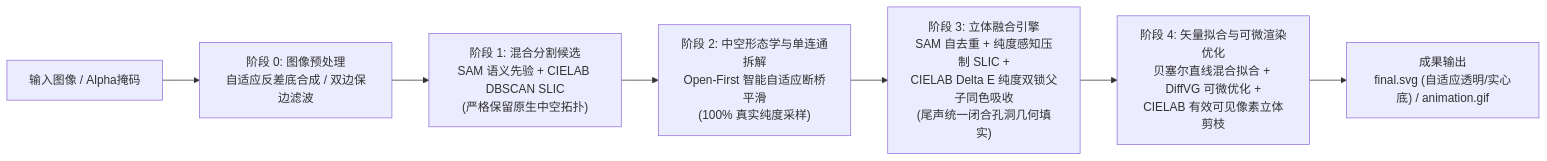
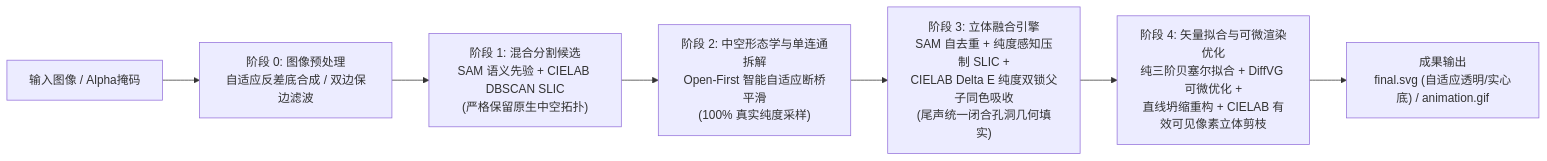
The diagram in README.md (Muyi3927/Vista_V2), drawn with Mermaid before and after one commit. The commit also changed other lines of this file and 8 other files, not shown here.

````diff
--- a/README.md
+++ b/README.md
@@ -18,9 +19,9 @@
 ```mermaid
 graph LR
     A["输入图像 / Alpha掩码"] --> B["阶段 0: 图像预处理<br/>自适应反差底合成 / 双边保边滤波"]
     B --> C["阶段 1: 混合分割候选<br/>SAM 语义先验 + CIELAB DBSCAN SLIC<br/>(严格保留原生中空拓扑)"]
     C --> D["阶段 2: 中空形态学与单连通拆解<br/>Open-First 智能自适应断桥平滑<br/>(100% 真实纯度采样)"]
     D --> E["阶段 3: 立体融合引擎<br/>SAM 自去重 + 纯度感知压制 SLIC +<br/>CIELAB Delta E 纯度双锁父子同色吸收<br/>(尾声统一闭合孔洞几何填实)"]
-    E --> F["阶段 4: 矢量拟合与可微渲染优化<br/>贝塞尔直线混合拟合 + DiffVG 可微优化 +<br/>CIELAB 有效可见像素立体剪枝"]
+    E --> F["阶段 4: 矢量拟合与可微渲染优化<br/>纯三阶贝塞尔拟合 + DiffVG 可微优化 +<br/>直线坍缩重构 + CIELAB 有效可见像素立体剪枝"]
     F --> G["成果输出<br/>final.svg (自适应透明/实心底) / animation.gif"]
 ```
````
